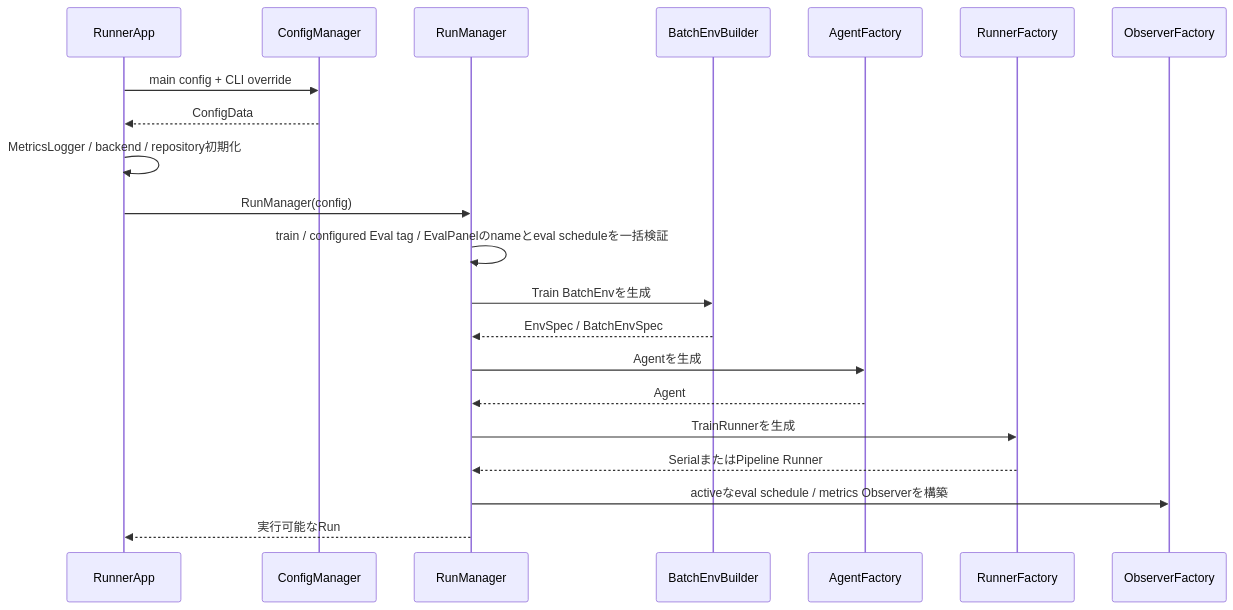
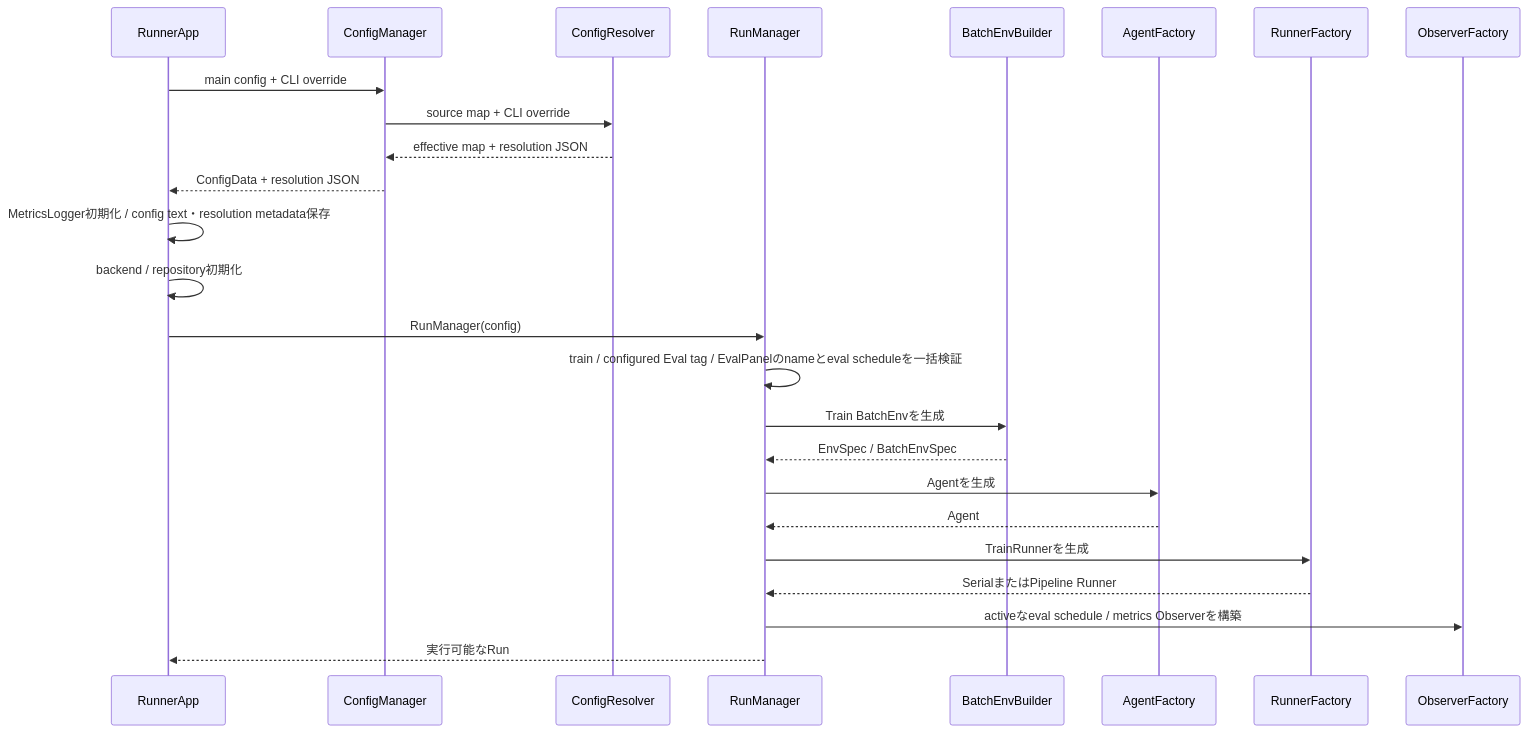
Before and after one commit to kazukin123/anet-lab: the second of 4 diagrams in docs/design/100_runtime_and_configuration.jp.md, drawn with Mermaid. The commit also changed other lines of this file and 10 other files, not shown here.

````diff
--- a/docs/design/100_runtime_and_configuration.jp.md
+++ b/docs/design/100_runtime_and_configuration.jp.md
@@ -125,24 +133,28 @@
 ```mermaid
 sequenceDiagram
     participant App as RunnerApp
     participant CM as ConfigManager
+    participant CR as ConfigResolver
     participant RM as RunManager
     participant EB as BatchEnvBuilder
     participant AF as AgentFactory
     participant RF as RunnerFactory
     participant OF as ObserverFactory
 
     App->>CM: main config + CLI override
-    CM-->>App: ConfigData
-    App->>App: MetricsLogger / backend / repository初期化
+    CM->>CR: source map + CLI override
+    CR-->>CM: effective map + resolution JSON
+    CM-->>App: ConfigData + resolution JSON
+    App->>App: MetricsLogger初期化 / config text・resolution metadata保存
+    App->>App: backend / repository初期化
     App->>RM: RunManager(config)
     RM->>RM: train / configured Eval tag / EvalPanelのnameとeval scheduleを一括検証
     RM->>EB: Train BatchEnvを生成
     EB-->>RM: EnvSpec / BatchEnvSpec
     RM->>AF: Agentを生成
     AF-->>RM: Agent
     RM->>RF: TrainRunnerを生成
     RF-->>RM: SerialまたはPipeline Runner
     RM->>OF: activeなeval schedule / metrics Observerを構築
     RM-->>App: 実行可能なRun
 ```
````
